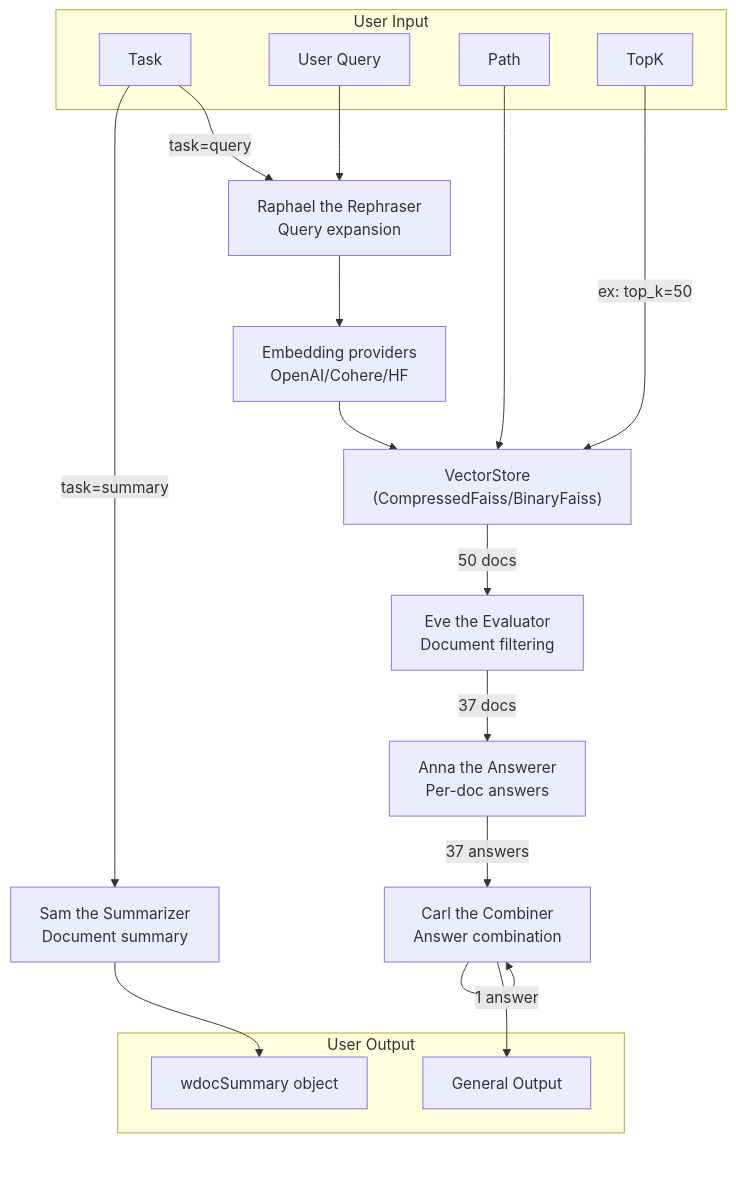
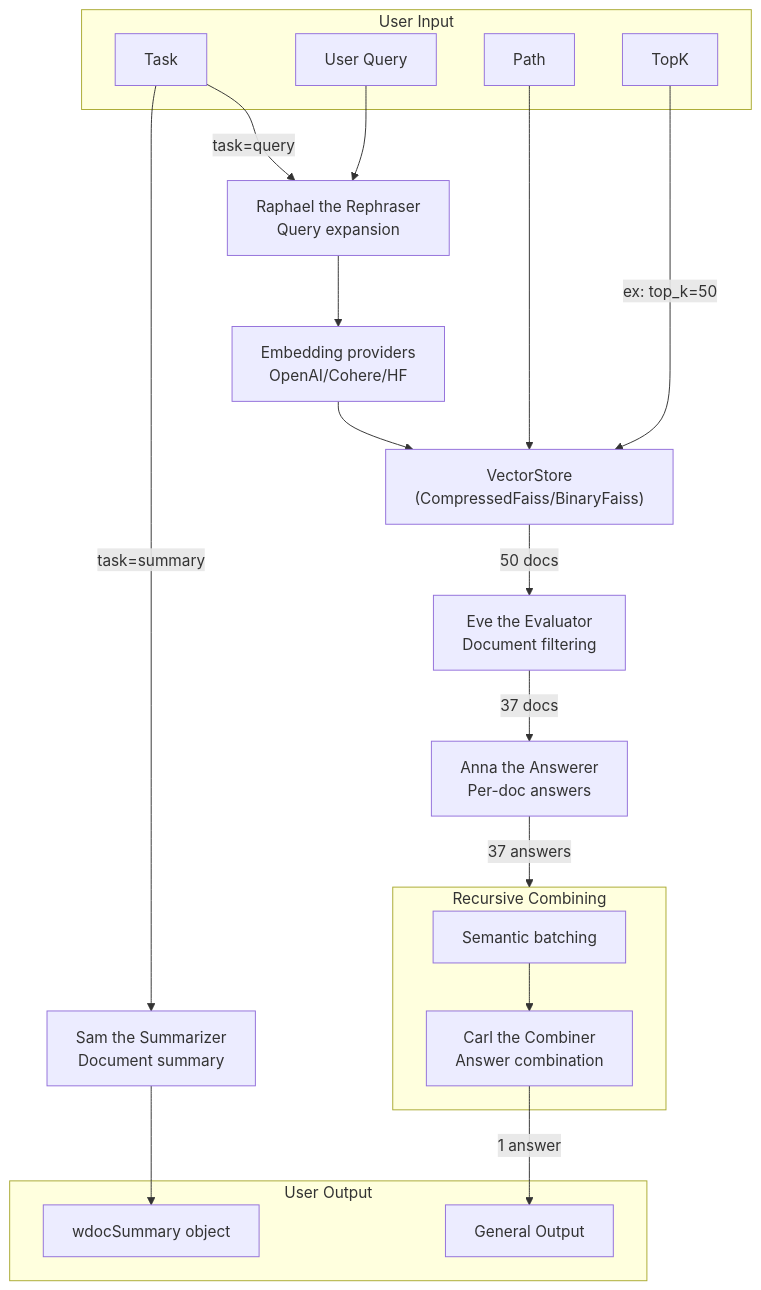
Before and after one commit to thiswillbeyourgithub/wdoc: the diagram in images/diagram.mmd, drawn with Mermaid.

Commit message:
refactor: restructure Carl's workflow with semantic batching in recursive combining

```diff
--- a/images/diagram.mmd
+++ b/images/diagram.mmd
@@ -1,42 +1,45 @@
 flowchart TD
     subgraph UserInput["User Input"]
         Task["Task"]
         UserQuery["User Query"]
         Path["Path"]
         TopK["TopK"]
     end
 
     Embeddings["Embedding providers<br/>OpenAI/Cohere/HF"]
     VectorStore["VectorStore<br/>(CompressedFaiss/BinaryFaiss)"]
 
     Embeddings --> VectorStore
 
     Raphael["Raphael the Rephraser<br/>Query expansion"]
     Sam["Sam the Summarizer<br/>Document summary"]
     Eve["Eve the Evaluator<br/>Document filtering"]
     Anna["Anna the Answerer<br/>Per-doc answers"]
-    Carl["Carl the Combiner<br/>Answer combination"]
 
     Path --> VectorStore
     TopK -->|ex: top_k=50| VectorStore
     UserQuery --> Raphael
     Raphael --> Embeddings
     
     VectorStore -->|50 docs| Eve
     
     Eve -->|37 docs| Anna
     
-    Anna -->|37 answers| Carl
-
-    Carl --> Carl
+    subgraph RecursiveCombining["Recursive Combining"]
+        SemanticBatching["Semantic batching"]
+        Carl["Carl the Combiner<br/>Answer combination"]
+        SemanticBatching --> Carl
+    end
+    
+    Anna -->|37 answers| RecursiveCombining
 
     subgraph UserOutput["User Output"]
         Output["General Output"]
         SummaryOutput["wdocSummary object"]
     end
     
     Carl -->|1 answer| Output
     
     Task -->|task=query| Raphael
     Task -->|task=summary| Sam
     Sam --> SummaryOutput
```
